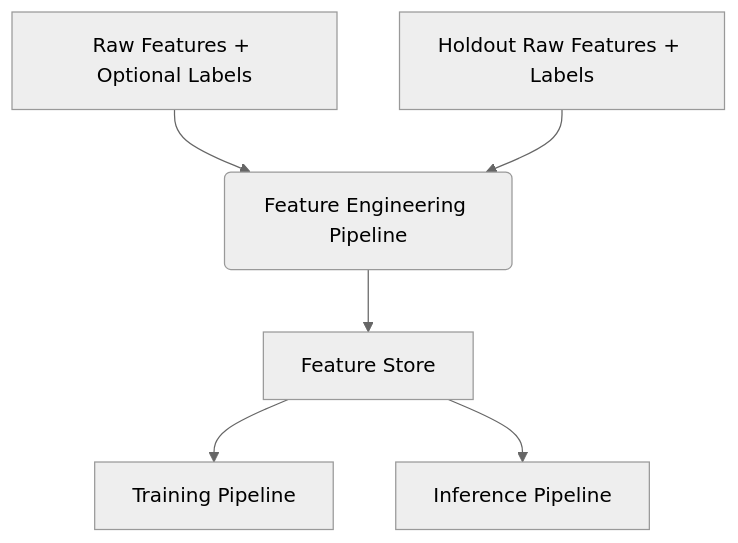
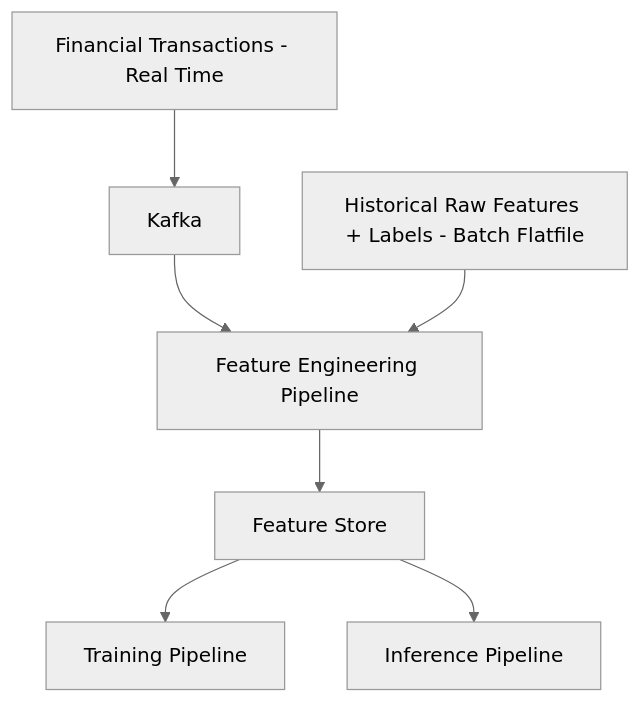
Before and after one commit to calebhadley1/financial-crime: the diagram in README.md, drawn with Mermaid (neutral theme). The commit also changed other lines of this file, not shown here.

````diff
--- a/README.md
+++ b/README.md
@@ -25,8 +27,10 @@
 ```mermaid
 graph TD;
-    A[Raw Features + Optional Labels] --> B(Feature Engineering Pipeline);
-    C[Holdout Raw Features + Labels] --> B
-    B --> D[Feature Store]
+    A[Financial Transactions - Real Time] --> B[Kafka]
+    B --> C[Feature Engineering Pipeline]
+    C --> D[Feature Store]
     D --> E[Training Pipeline]
     D --> F[Inference Pipeline]
+
+    G[Historical Raw Features + Labels - Batch Flatfile] --> C
 ```
````
